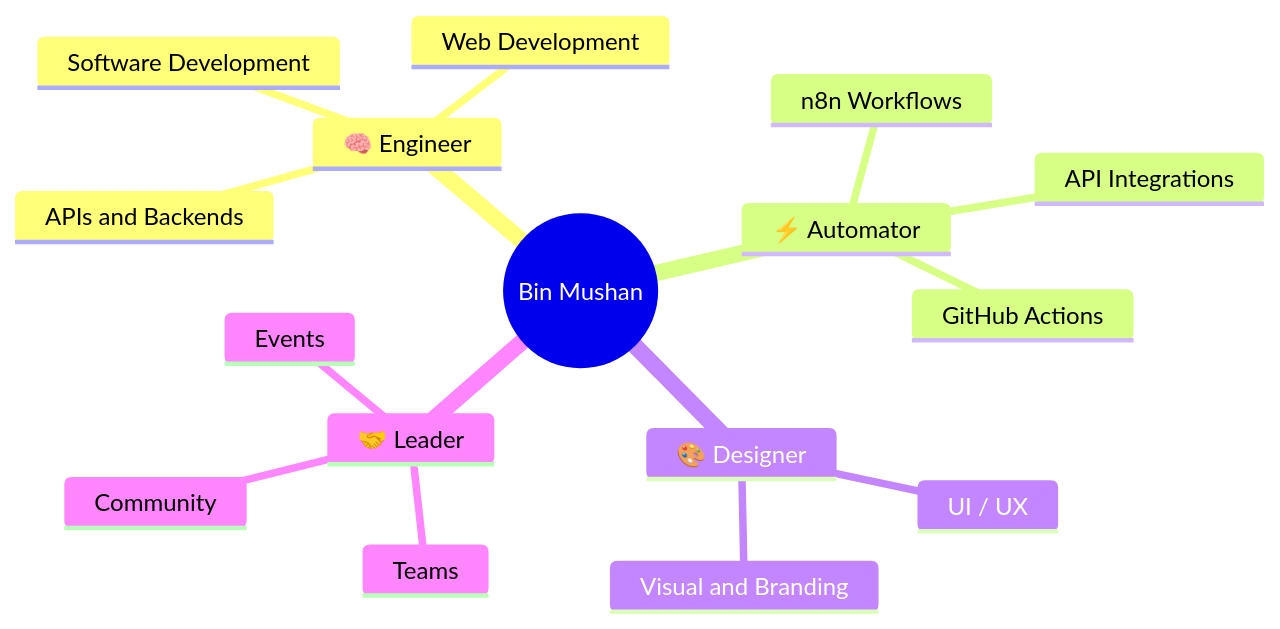
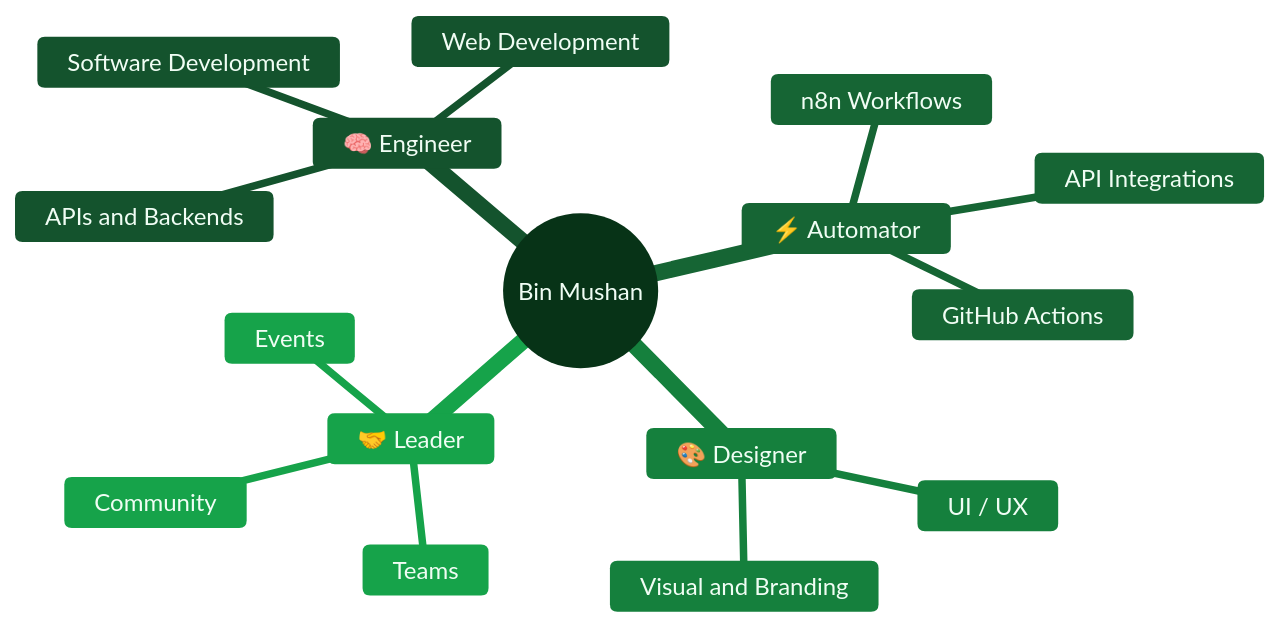
One commit to BinMushan/BinMushan changed the diagram in README.md. Above: the diagram before and after it, drawn with Mermaid.

Commit message:
Theme Map of Me mindmap with green palette

````diff
--- a/README.md
+++ b/README.md
@@ -124,19 +124,46 @@
 ```mermaid
+%%{init: {
+  "theme": "base",
+  "themeVariables": {
+    "fontFamily": "JetBrains Mono, ui-monospace, SFMono-Regular, monospace",
+    "primaryColor": "#16a34a",
+    "primaryTextColor": "#f0fdf4",
+    "primaryBorderColor": "#22c55e",
+    "lineColor": "#22c55e",
+    "background": "transparent",
+    "cScale0": "#052e16",
+    "cScale1": "#14532d",
+    "cScale2": "#166534",
+    "cScale3": "#15803d",
+    "cScale4": "#16a34a",
+    "cScale5": "#22c55e",
+    "cScale6": "#4ade80",
+    "cScale7": "#86efac",
+    "cScaleLabel0": "#f0fdf4",
+    "cScaleLabel1": "#f0fdf4",
+    "cScaleLabel2": "#f0fdf4",
+    "cScaleLabel3": "#f0fdf4",
+    "cScaleLabel4": "#f0fdf4",
+    "cScaleLabel5": "#052e16",
+    "cScaleLabel6": "#052e16",
+    "cScaleLabel7": "#052e16"
+  }
+}}%%
 mindmap
   root((Bin Mushan))
     🧠 Engineer
       Software Development
       Web Development
       APIs and Backends
     ⚡ Automator
       n8n Workflows
       GitHub Actions
       API Integrations
     🎨 Designer
       UI / UX
       Visual and Branding
     🤝 Leader
       Teams
       Events
       Community
 ```
````
